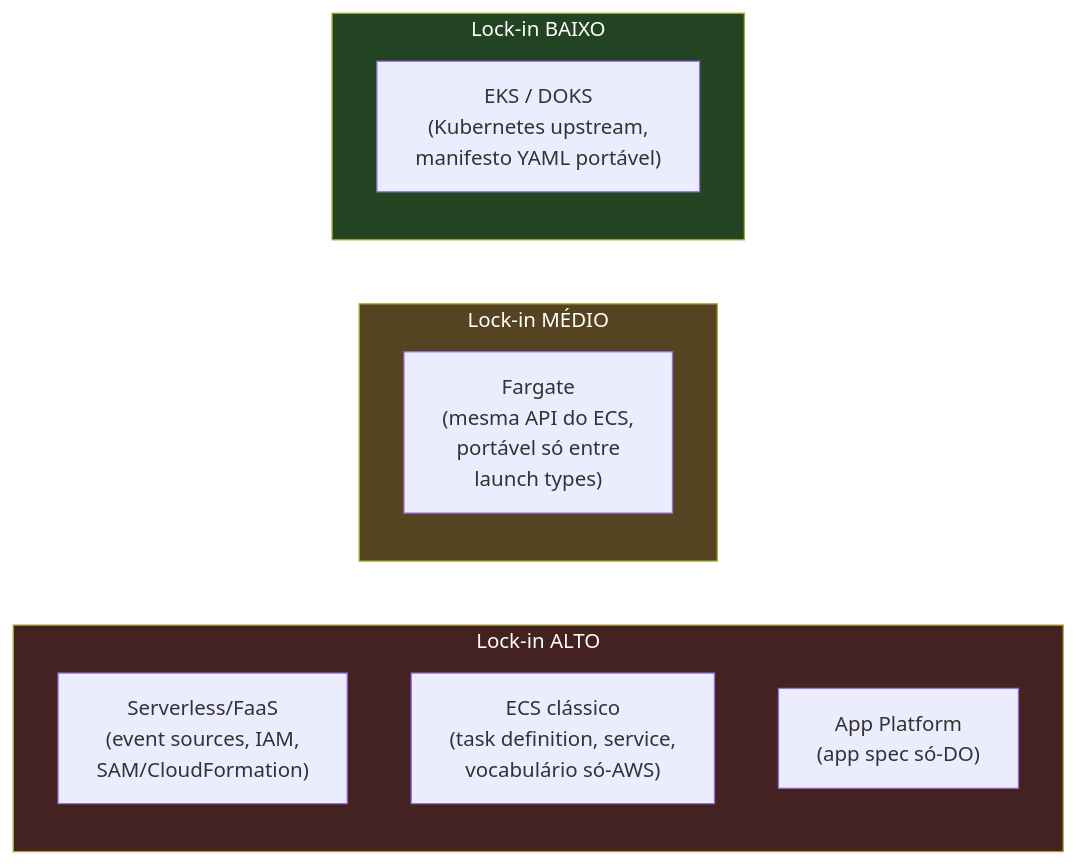
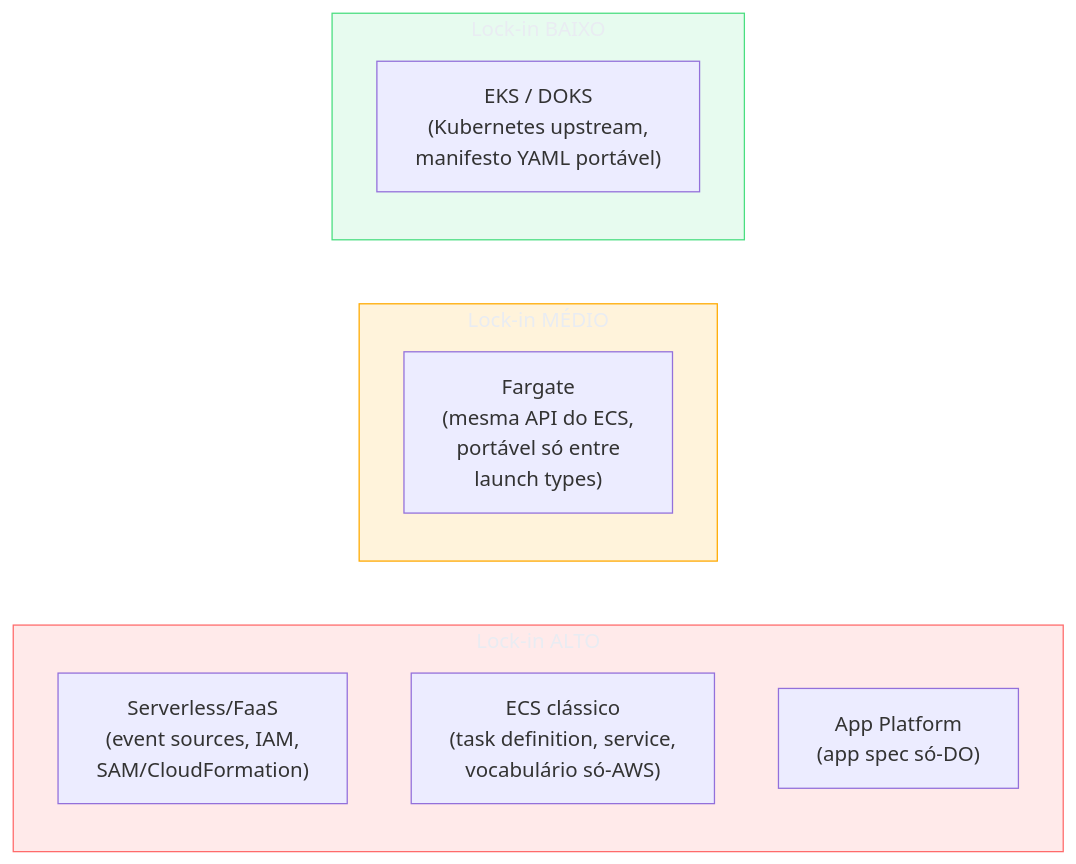
The third of 3 diagrams in 03-Dominios/Tecnologia/Cloud/12 - Containers gerenciados/06 - Container vs VM vs serverless (capstone).md (josenaldo/codex-technomanticus), drawn with Mermaid before and after one commit. The commit also changed other lines of this file and 1181 other files, not shown here.

First line of the commit message:
fix(diagramas): paleta do sistema no lugar de cor cravada no markdown

````diff
--- a/03-Dominios/Tecnologia/Cloud/12 - Containers gerenciados/06 - Container vs VM vs serverless (capstone).md
+++ b/03-Dominios/Tecnologia/Cloud/12 - Containers gerenciados/06 - Container vs VM vs serverless (capstone).md
@@ -143,23 +149,26 @@
 ```mermaid
 flowchart LR
+    classDef falha fill:#FF6B6B24,stroke:#FF6B6B,color:#E9ECF2
+    classDef destaque fill:#FFAA0024,stroke:#FFAA00,color:#E9ECF2
+    classDef ok fill:#4ADE8021,stroke:#4ADE80,color:#E9ECF2
     subgraph Alto["Lock-in ALTO"]
         direction TB
         L1["Serverless/FaaS<br/>(event sources, IAM,<br/>SAM/CloudFormation)"]
         L2["ECS clássico<br/>(task definition, service,<br/>vocabulário só-AWS)"]
         L3["App Platform<br/>(app spec só-DO)"]
     end
 
     subgraph Medio["Lock-in MÉDIO"]
         direction TB
         M1["Fargate<br/>(mesma API do ECS,<br/>portável só entre<br/>launch types)"]
     end
 
     subgraph Baixo["Lock-in BAIXO"]
         direction TB
         B1["EKS / DOKS<br/>(Kubernetes upstream,<br/>manifesto YAML portável)"]
     end
 
-    style Alto fill:#422,color:#fff
-    style Medio fill:#542,color:#fff
-    style Baixo fill:#242,color:#fff
+    class Alto falha
+    class Medio destaque
+    class Baixo ok
 ```
````
